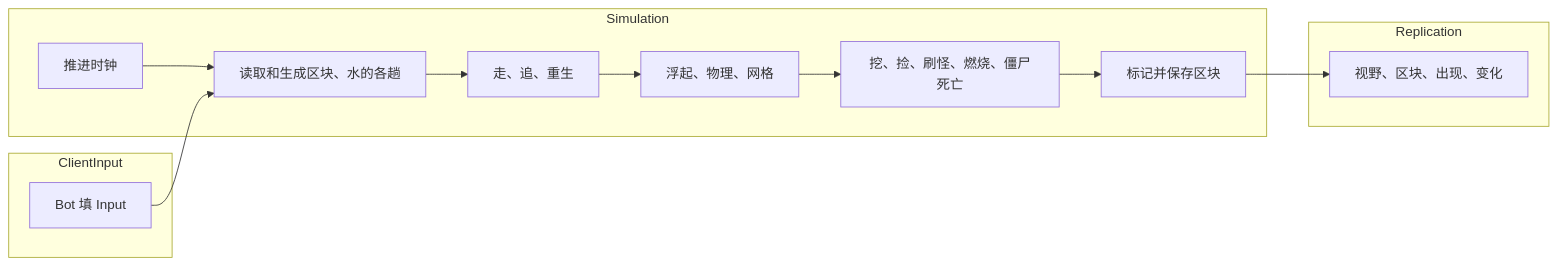
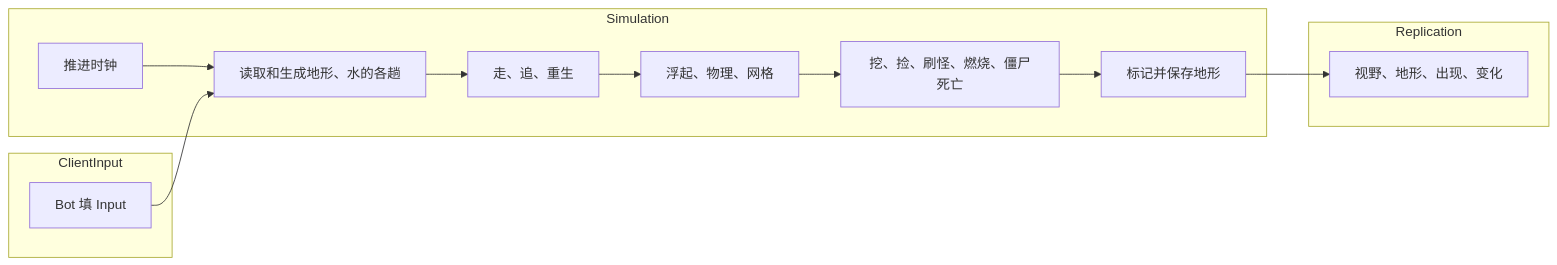
Before and after one commit to JasonXuDeveloper/EasyEcs: the first of 3 diagrams in docs/content/samples/voxel-server.zh.mdx, drawn with Mermaid. The commit also changed other lines of this file and 39 other files, not shown here.

````diff
--- a/docs/content/samples/voxel-server.zh.mdx
+++ b/docs/content/samples/voxel-server.zh.mdx
@@ -74,18 +74,18 @@
 ```mermaid
 flowchart LR
   subgraph ClientInput
     input[Bot 填 Input]
   end
   subgraph Simulation
-    clock[推进时钟] --> world[读取和生成区块、水的各趟]
+    clock[推进时钟] --> world[读取和生成地形、水的各趟]
     world --> sight[走、追、重生]
     sight --> move[浮起、物理、网格]
     move --> rules[挖、捡、刷怪、燃烧、僵尸死亡]
-    rules --> unload[标记并保存区块]
+    rules --> unload[标记并保存地形]
   end
   subgraph Replication
-    send[视野、区块、出现、变化]
+    send[视野、地形、出现、变化]
   end
   input --> world
   unload --> send
 ```
````
